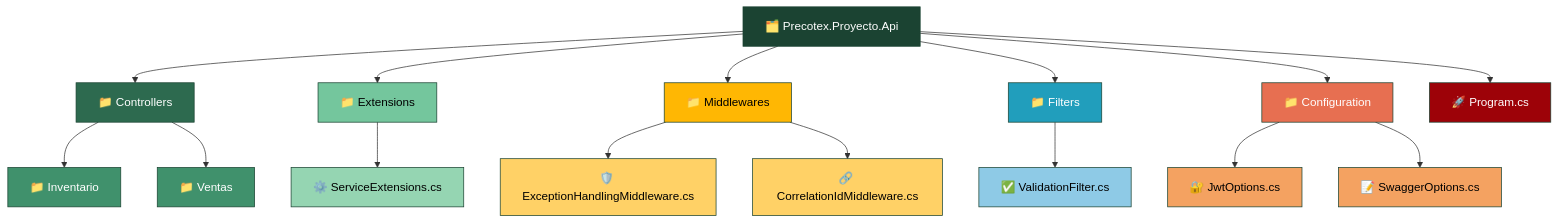
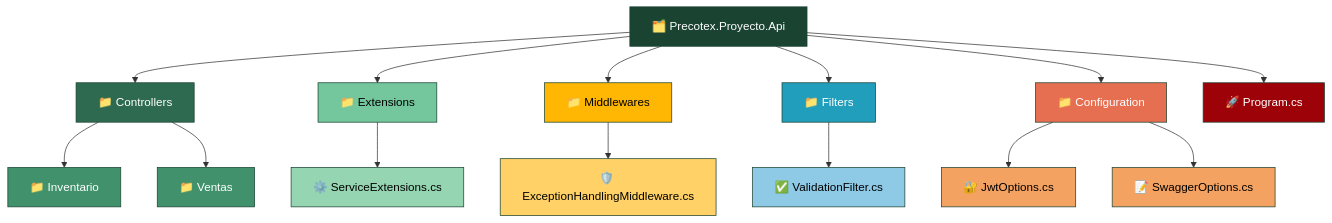
One commit to jhoncalleflores1035/precotex-backend-arquitectura changed the first of 2 diagrams in PrecotexProyecto/src/Precotex.Proyecto.Api/README.md. Above: the diagram before and after it, drawn with Mermaid. The commit also changed other lines of this file and 1 other file, not shown here.

````diff
--- a/PrecotexProyecto/src/Precotex.Proyecto.Api/README.md
+++ b/PrecotexProyecto/src/Precotex.Proyecto.Api/README.md
@@ -7,34 +7,32 @@
 ```mermaid
 flowchart TD
     ROOT[🗂️ Precotex.Proyecto.Api]
     ROOT --> CTRL[📁 Controllers]
     CTRL --> INV[📁 Inventario]
     CTRL --> VEN[📁 Ventas]
     ROOT --> EXT[📁 Extensions]
     EXT --> EXTF[⚙️ ServiceExtensions.cs]
     ROOT --> MID[📁 Middlewares]
     MID --> MIDF1[🛡️ ExceptionHandlingMiddleware.cs]
-    MID --> MIDF2[🔗 CorrelationIdMiddleware.cs]
     ROOT --> FIL[📁 Filters]
     FIL --> FILF[✅ ValidationFilter.cs]
     ROOT --> CFG[📁 Configuration]
     CFG --> CFGF1[🔐 JwtOptions.cs]
     CFG --> CFGF2[📝 SwaggerOptions.cs]
     ROOT --> PRG[🚀 Program.cs]
 
     style ROOT fill:#1b4332,stroke:#1b4332,color:#fff
     style CTRL fill:#2d6a4f,stroke:#1b4332,color:#fff
     style INV fill:#40916c,stroke:#1b4332,color:#fff
     style VEN fill:#40916c,stroke:#1b4332,color:#fff
     style EXT fill:#74c69d,stroke:#1b4332,color:#000
     style EXTF fill:#95d5b2,stroke:#1b4332,color:#000
     style MID fill:#ffb703,stroke:#1b4332,color:#000
     style MIDF1 fill:#ffd166,stroke:#1b4332,color:#000
-    style MIDF2 fill:#ffd166,stroke:#1b4332,color:#000
     style FIL fill:#219ebc,stroke:#1b4332,color:#fff
     style FILF fill:#8ecae6,stroke:#1b4332,color:#000
     style CFG fill:#e76f51,stroke:#1b4332,color:#fff
     style CFGF1 fill:#f4a261,stroke:#1b4332,color:#000
     style CFGF2 fill:#f4a261,stroke:#1b4332,color:#000
     style PRG fill:#9d0208,stroke:#1b4332,color:#fff
 ```
````
